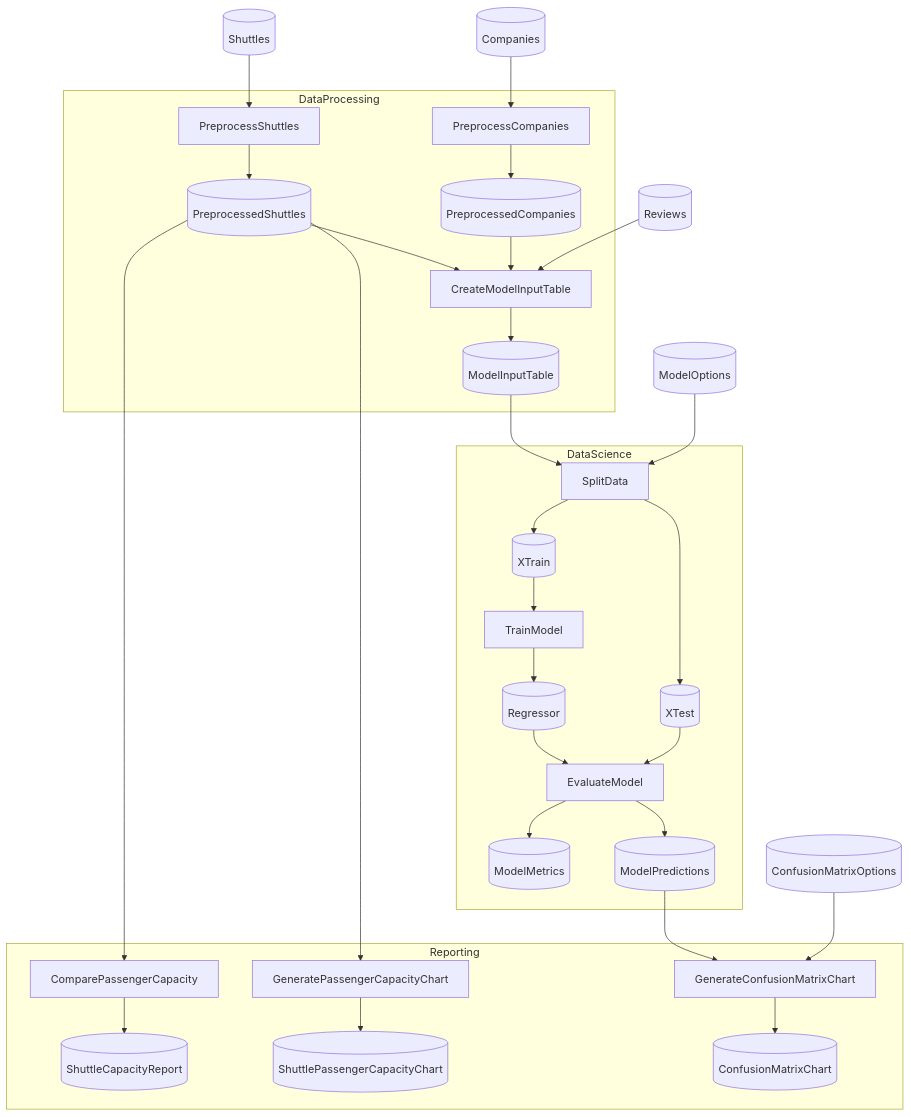
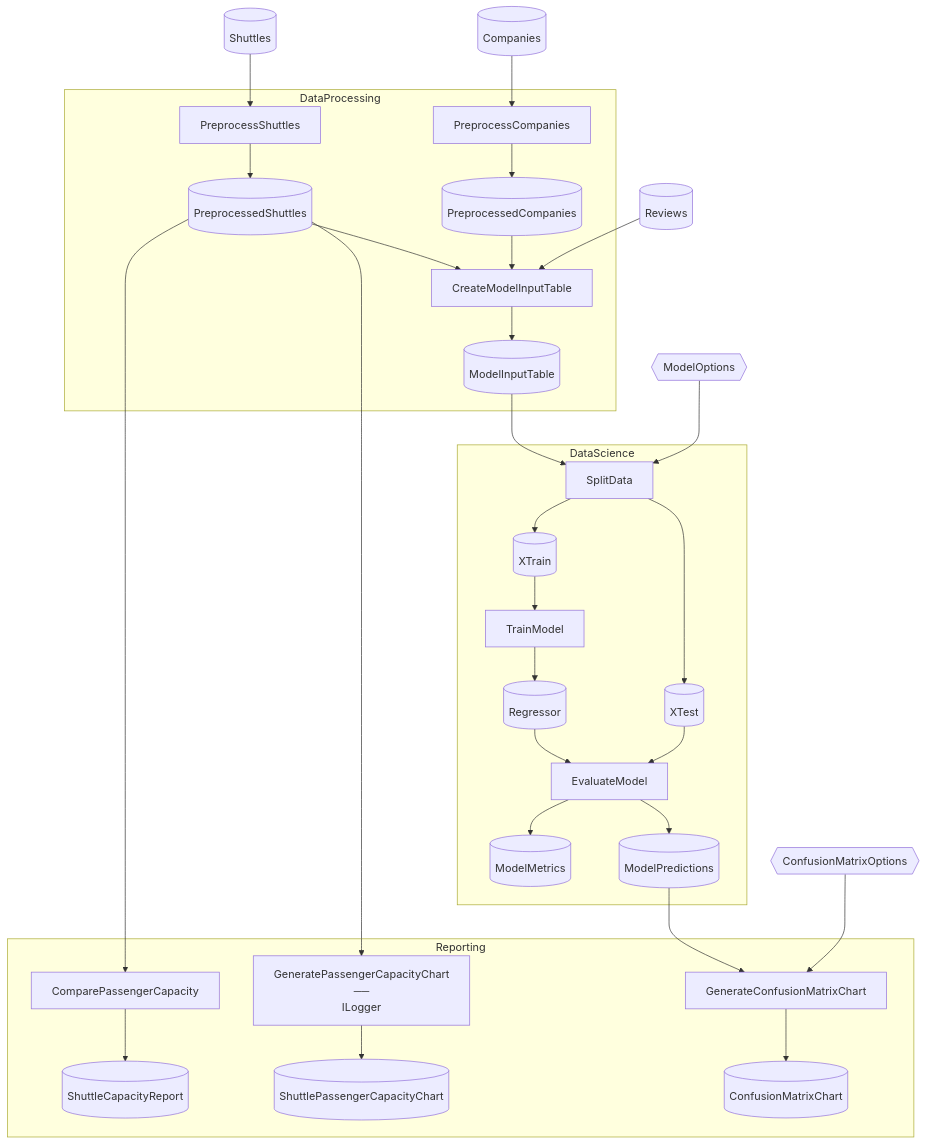
Before and after one commit to chaoticgoodcomputing/flowthru: the diagram in examples/advanced/SpaceflightsHybridCatalog/README.md, drawn with Mermaid. The commit also changed other lines of this file and 16 other files, not shown here.

Commit message:
docs: update README examples with new mermaid output

````diff
--- a/examples/advanced/SpaceflightsHybridCatalog/README.md
+++ b/examples/advanced/SpaceflightsHybridCatalog/README.md
@@ -43,67 +43,67 @@
 ```mermaid
 flowchart TB
 
     %% External Data Inputs
     Companies[("Companies")]
-    ConfusionMatrixOptions[("ConfusionMatrixOptions")]
-    ModelOptions[("ModelOptions")]
+    ConfusionMatrixOptions{{"ConfusionMatrixOptions"}}
+    ModelOptions{{"ModelOptions"}}
     Reviews[("Reviews")]
     Shuttles[("Shuttles")]
 
     subgraph DataProcessing["DataProcessing"]
         PreprocessCompanies["PreprocessCompanies"]
         PreprocessedCompanies[("PreprocessedCompanies")]
         PreprocessShuttles["PreprocessShuttles"]
         PreprocessedShuttles[("PreprocessedShuttles")]
         CreateModelInputTable["CreateModelInputTable"]
         ModelInputTable[("ModelInputTable")]
     end
 
     subgraph DataScience["DataScience"]
         SplitData["SplitData"]
         XTrain[("XTrain")]
         XTest[("XTest")]
         TrainModel["TrainModel"]
         Regressor[("Regressor")]
         EvaluateModel["EvaluateModel"]
         ModelMetrics[("ModelMetrics")]
         ModelPredictions[("ModelPredictions")]
     end
 
     subgraph Reporting["Reporting"]
         ComparePassengerCapacity["ComparePassengerCapacity"]
         ShuttleCapacityReport[("ShuttleCapacityReport")]
-        GeneratePassengerCapacityChart["GeneratePassengerCapacityChart"]
+        GeneratePassengerCapacityChart["GeneratePassengerCapacityChart<br>──<br>ILogger"]
         ShuttlePassengerCapacityChart[("ShuttlePassengerCapacityChart")]
         GenerateConfusionMatrixChart["GenerateConfusionMatrixChart"]
         ConfusionMatrixChart[("ConfusionMatrixChart")]
     end
 
     %% Edges
     Companies --> PreprocessCompanies
     PreprocessCompanies --> PreprocessedCompanies
     Shuttles --> PreprocessShuttles
     PreprocessShuttles --> PreprocessedShuttles
     PreprocessedShuttles --> CreateModelInputTable
     PreprocessedCompanies --> CreateModelInputTable
     Reviews --> CreateModelInputTable
     CreateModelInputTable --> ModelInputTable
     PreprocessedShuttles --> ComparePassengerCapacity
     ComparePassengerCapacity --> ShuttleCapacityReport
     PreprocessedShuttles --> GeneratePassengerCapacityChart
     GeneratePassengerCapacityChart --> ShuttlePassengerCapacityChart
     ModelInputTable --> SplitData
     ModelOptions --> SplitData
     SplitData --> XTrain
     SplitData --> XTest
     XTrain --> TrainModel
     TrainModel --> Regressor
     Regressor --> EvaluateModel
     XTest --> EvaluateModel
     EvaluateModel --> ModelMetrics
     EvaluateModel --> ModelPredictions
     ModelPredictions --> GenerateConfusionMatrixChart
     ConfusionMatrixOptions --> GenerateConfusionMatrixChart
     GenerateConfusionMatrixChart --> ConfusionMatrixChart
 
 ```
````
